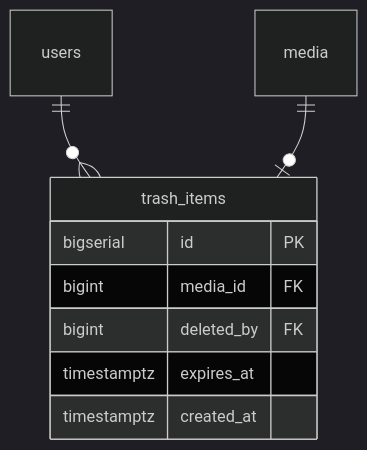
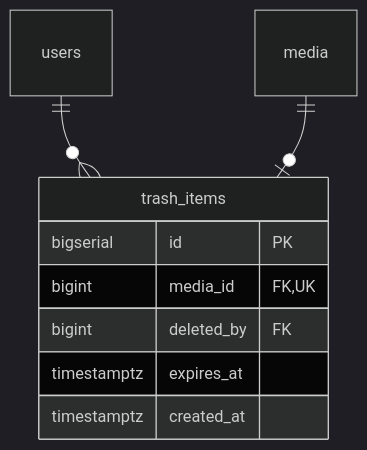
The fifth of 5 diagrams in docs/er-diagram.md (sakurai1126/chii-piyo), drawn with Mermaid (dark theme) before and after one commit. The commit also changed other lines of this file and 3 other files, not shown here.

````diff
--- a/docs/er-diagram.md
+++ b/docs/er-diagram.md
@@ -224,13 +224,13 @@
 ```mermaid
 erDiagram
     trash_items {
         bigserial id PK
-        bigint media_id FK
+        bigint media_id FK, UK
         bigint deleted_by FK
         timestamptz expires_at
         timestamptz created_at
     }
 
     users ||--o{ trash_items : ""
     media ||--o| trash_items : ""
 ```
````
